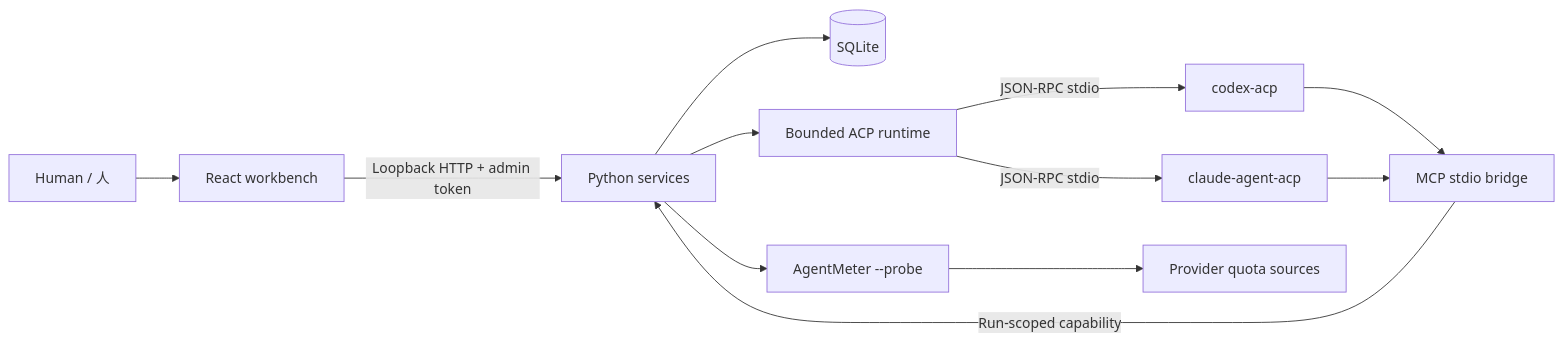
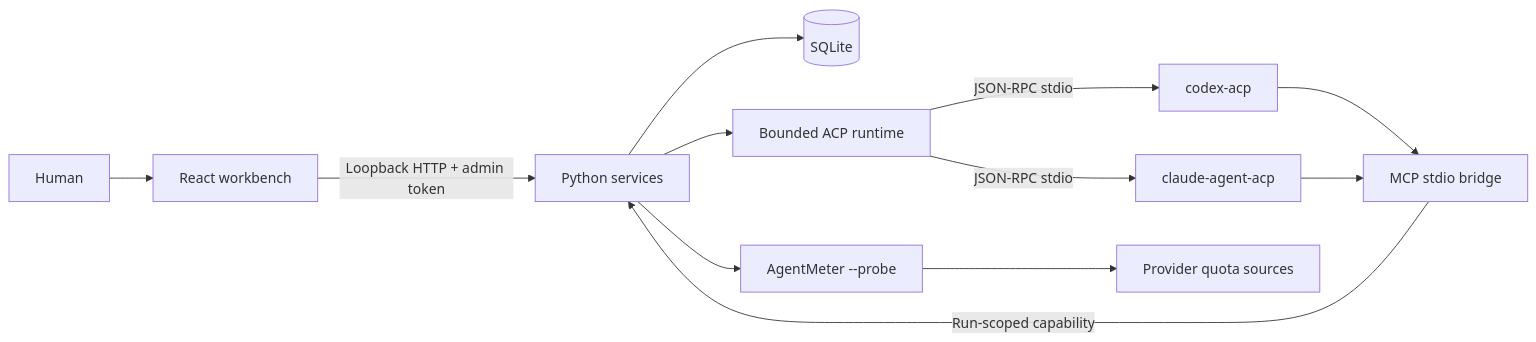
Before and after one commit to NginxL/AgentDock: the first of 3 diagrams in docs/ARCHITECTURE.md, drawn with Mermaid. The commit also changed other lines of this file and 12 other files, not shown here.

````diff
--- a/docs/ARCHITECTURE.md
+++ b/docs/ARCHITECTURE.md
@@ -7,14 +9,14 @@
 ```mermaid
 flowchart LR
-  Human[Human / 人] --> UI[React workbench]
+  Human[Human] --> UI[React workbench]
   UI -->|Loopback HTTP + admin token| API[Python services]
   API --> DB[(SQLite)]
   API --> Runtime[Bounded ACP runtime]
   Runtime -->|JSON-RPC stdio| Codex[codex-acp]
   Runtime -->|JSON-RPC stdio| Claude[claude-agent-acp]
   Codex --> Tools[MCP stdio bridge]
   Claude --> Tools
   Tools -->|Run-scoped capability| API
   API --> Meter[AgentMeter --probe]
   Meter --> Providers[Provider quota sources]
 ```
````
